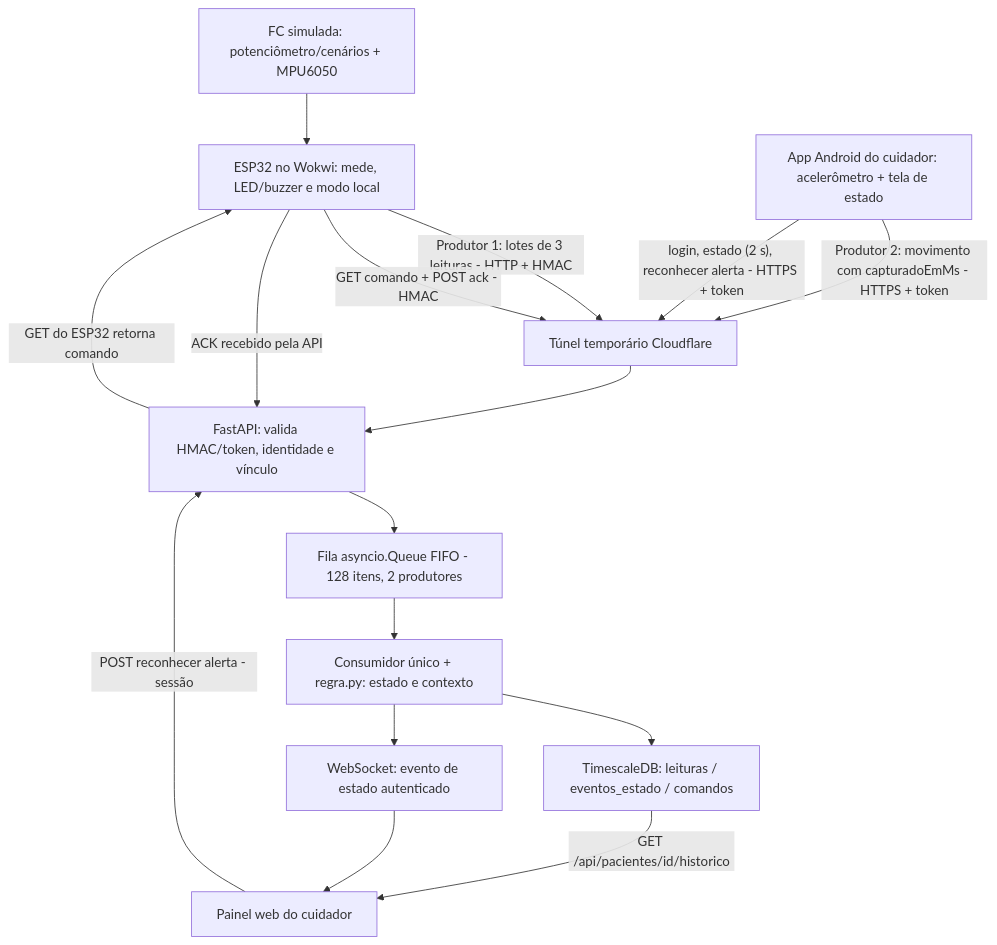
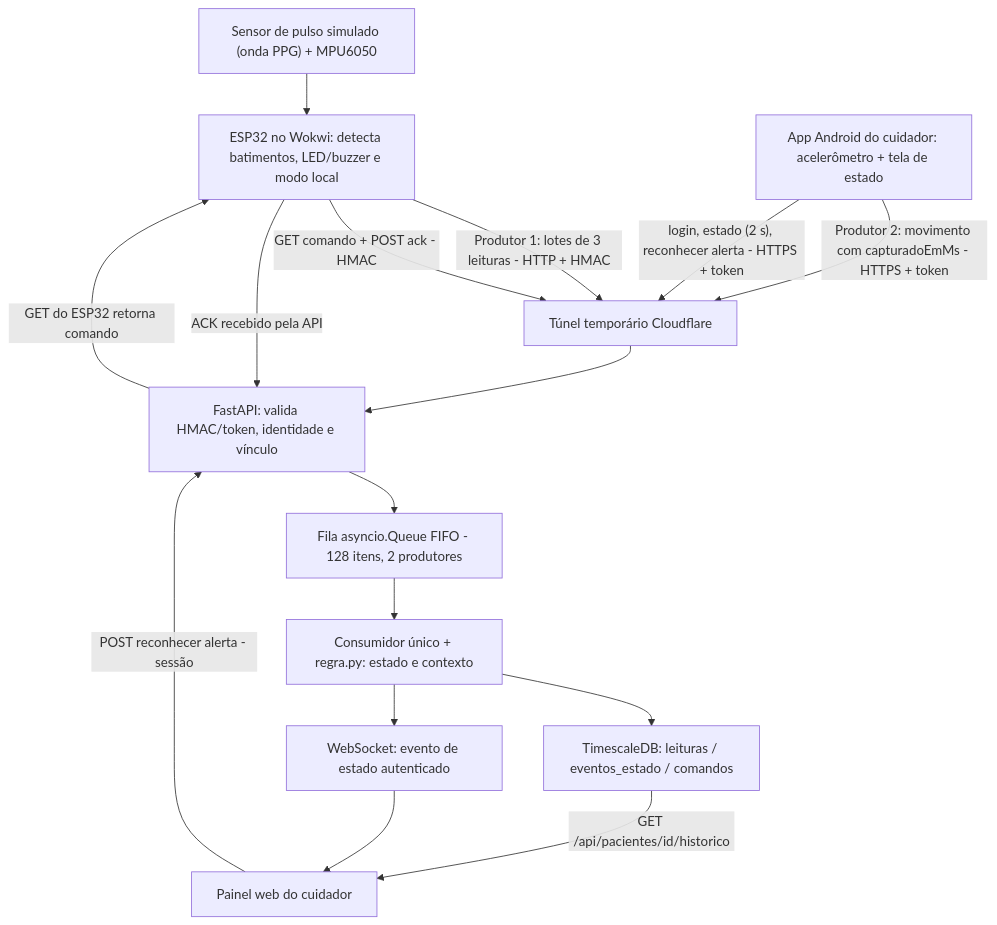
The diagram in marco4/README.md (UFG-INF-SSU-2026/Internet-dos-Coisos), drawn with Mermaid before and after one commit. The commit also changed other lines of this file and 11 other files, not shown here.

First line of the commit message:
Marco 4: documentos e artigo com o sensor de pulso (D34), D32/D33 e 49 testes

````diff
--- a/marco4/README.md
+++ b/marco4/README.md
@@ -83,19 +83,19 @@
 ```mermaid
 flowchart TD
-    S["FC simulada: potenciômetro/cenários + MPU6050"] --> ESP["ESP32 no Wokwi: mede, LED/buzzer e modo local"]
+    S["Sensor de pulso simulado (onda PPG) + MPU6050"] --> ESP["ESP32 no Wokwi: detecta batimentos, LED/buzzer e modo local"]
     CEL["App Android do cuidador: acelerômetro + tela de estado"]
     ESP -->|"Produtor 1: lotes de 3 leituras - HTTP + HMAC"| T["Túnel temporário Cloudflare"]
     ESP -->|"GET comando + POST ack - HMAC"| T
     CEL -->|"Produtor 2: movimento com capturadoEmMs - HTTPS + token"| T
     CEL -->|"login, estado (2 s), reconhecer alerta - HTTPS + token"| T
     T --> API["FastAPI: valida HMAC/token, identidade e vínculo"]
     API --> Q["Fila asyncio.Queue FIFO - 128 itens, 2 produtores"]
     Q --> W["Consumidor único + regra.py: estado e contexto"]
     W --> DB["TimescaleDB: leituras / eventos_estado / comandos"]
     W --> WS["WebSocket: evento de estado autenticado"]
     WS --> UI["Painel web do cuidador"]
     DB -->|"GET /api/pacientes/id/historico"| UI
     UI -->|"POST reconhecer alerta - sessão"| API
     API -->|"GET do ESP32 retorna comando"| ESP
     ESP -->|"ACK recebido pela API"| API
 ```
````
